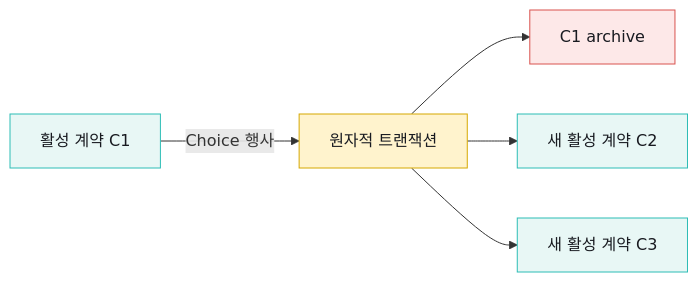
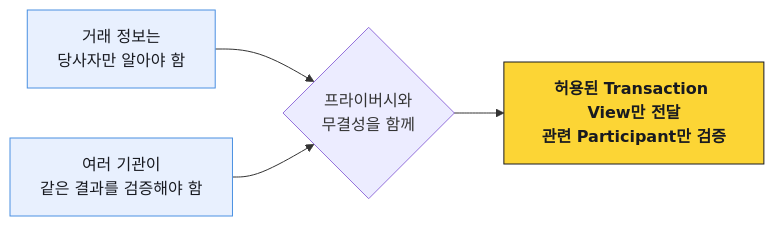
Before and after one commit to eunsujeo/eunpus: the first of 3 diagrams in blockchain-manager/docs/온보딩/Canton Network/01-privacy-and-ledger-model.md, drawn with Mermaid. The commit also changed other lines of this file and 24 other files, not shown here.

````diff
--- a/blockchain-manager/docs/온보딩/Canton Network/01-privacy-and-ledger-model.md
+++ b/blockchain-manager/docs/온보딩/Canton Network/01-privacy-and-ledger-model.md
@@ -28,14 +19,13 @@
 ```mermaid
 flowchart LR
-    C1[활성 계약 C1] -->|Choice 행사| TX[원자적 트랜잭션]
-    TX --> A1[C1 archive]
-    TX --> C2[새 활성 계약 C2]
-    TX --> C3[새 활성 계약 C3]
+    PRIVATE[거래 정보는<br/>당사자만 알아야 함]
+    VALID[여러 기관이<br/>같은 결과를 검증해야 함]
+    PRIVATE --> DILEMMA{프라이버시와<br/>무결성을 함께}
+    VALID --> DILEMMA
+    DILEMMA --> CANTON[허용된 Transaction View만 전달<br/>관련 Participant만 검증]
 
-    classDef active fill:#e8f7f5,stroke:#2dbdb6,color:#181a20
-    classDef tx fill:#fff3cd,stroke:#d6a800,color:#181a20
-    classDef archive fill:#fde8e8,stroke:#d9534f,color:#181a20
-    class C1,C2,C3 active
-    class TX tx
-    class A1 archive
+    classDef need fill:#e8f0fe,stroke:#4a90e2,color:#181a20
+    classDef answer fill:#fcd535,stroke:#181a20,color:#181a20,font-weight:bold
+    class PRIVATE,VALID need
+    class CANTON answer
 ```
````
